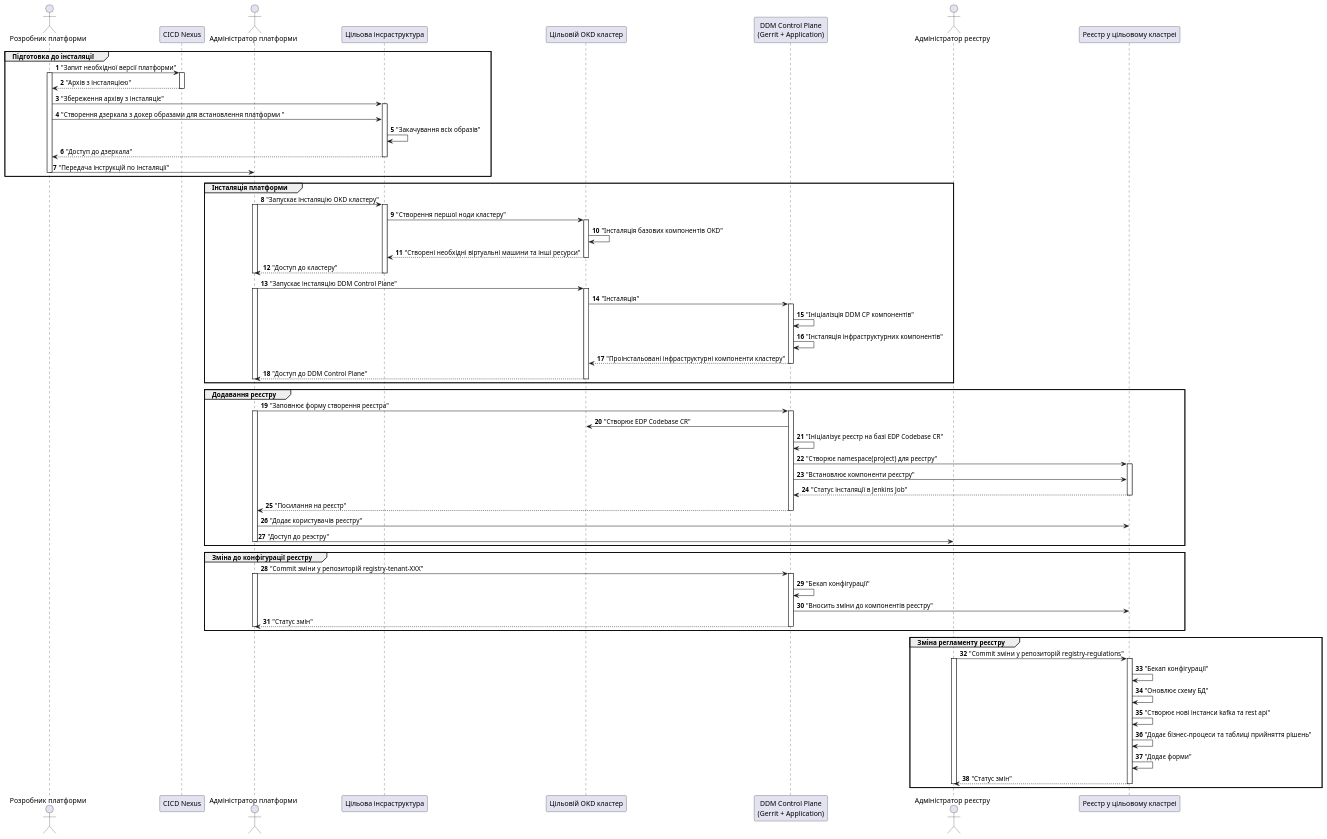
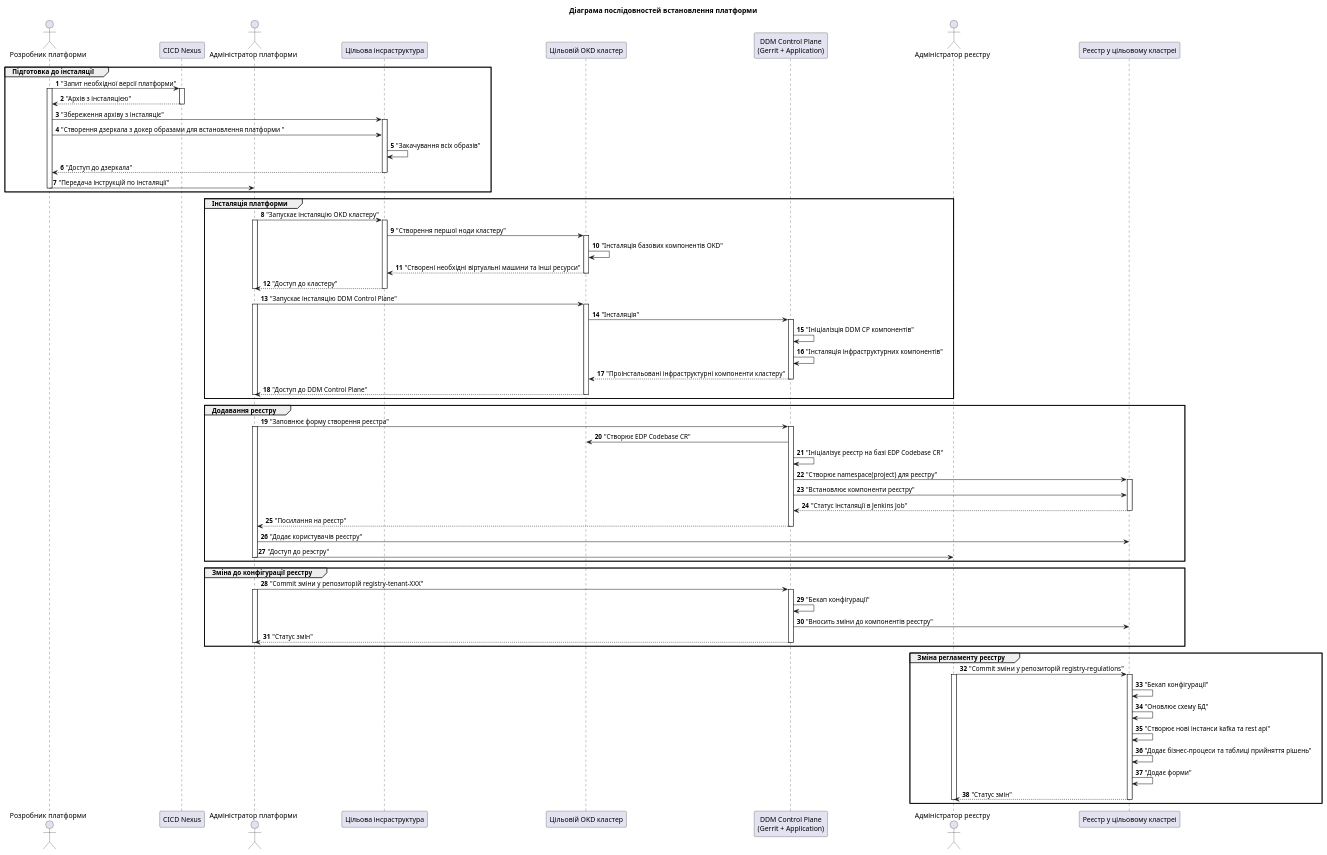
One commit to epam/edp-ddm-architecture changed the diagram in infrastructure/ddm-platform-install.puml. Above: the diagram before and after it, drawn with PlantUML. The commit also changed 3 other files, not shown here.

```diff
--- a/infrastructure/ddm-platform-install.puml
+++ b/infrastructure/ddm-platform-install.puml
@@ -1,99 +1,100 @@
 @startuml
 actor "Розробник платформи" as devops order 10
 participant "CICD Nexus" as cicd_nexus  order 20
 actor "Адміністратор платформи" as admin  order 30
 participant "Цільова інсраструктура" as target_infra  order 40
 participant "Цільовій OKD кластер" as target_cluster  order 50
 participant "DDM Control Plane\n(Gerrit + Application)" as ddm_cp  order 60
 actor "Адміністратор реєстру" as registry_admin  order 70
 participant "Реєстр у цільовому кластреі" as registry  order 80
 
+title Діаграма послідовностей встановлення платформи
 autonumber
 
 group Підготовка до інсталяції
   devops -> cicd_nexus: "Запит необхідної версії платформи"
   activate devops
     activate cicd_nexus
       return "Архів з інсталяцією"
     deactivate cicd_nexus
     devops -> target_infra: "Збереження архіву з інсталяціє"
     activate target_infra
       devops -> target_infra: "Створення дзеркала з докер образами для встановлення платформи "
       target_infra -> target_infra: "Закачування всіх образів"
       return "Доступ до дзеркала"
     deactivate target_infra
   devops -> admin: "Передача інструкцій по інсталяції"
   deactivate devops
 end
 
 group Інсталяція платформи
   admin -> target_infra: "Запускає інсталяцію OKD кластеру"
   activate admin
     activate target_infra
       target_infra -> target_cluster: "Створення першої ноди кластеру"
       activate target_cluster
         target_cluster -> target_cluster: "Інсталяція базових компонентів OKD"
         return  "Створені необхідні віртуальні машини та інші ресурси"
       deactivate target_cluster
       return "Доступ до кластеру"
     deactivate target_infra
   deactivate admin
   admin -> target_cluster: "Запускає інсталяцію DDM Control Plane"
   activate admin
     activate target_cluster
       target_cluster -> ddm_cp: "Інсталяція"
       activate ddm_cp
         ddm_cp -> ddm_cp: "Ініціалізція DDM CP компонентів"
         ddm_cp -> ddm_cp: "Інсталяція інфраструктурних компонентів"
         return "Проінстальовані інфраструктурні компоненти кластеру"
       deactivate ddm_cp
       return "Доступ до DDM Control Plane"
     deactivate target_cluster
   deactivate admin
 end
 
 group Додавання реєстру
   admin -> ddm_cp: "Заповнює форму створення реєстра"
   activate admin
     activate ddm_cp
       ddm_cp -> target_cluster: "Створює EDP Codebase CR"
       ddm_cp -> ddm_cp: "Ініціалізує реєстр на базі EDP Codebase CR"
       ddm_cp -> registry: "Створює namespace(project) для реєстру"
       activate registry
         ddm_cp -> registry: "Встановлює компоненти реєстру"
         return "Статус інсталяції в Jenkins Job"
       deactivate registry
       return "Посилання на реєстр"
     deactivate ddm_cp
     admin -> registry: "Додає користувачів реєстру"
     admin -> registry_admin: "Доступ до реэстру"
   deactivate admin
 end
 
 group Зміна до конфігурації реєстру
   admin -> ddm_cp: "Commit зміни у репозиторій registry-tenant-XXX"
   activate admin
     activate ddm_cp
       ddm_cp -> ddm_cp: "Бекап конфігурації"
       ddm_cp -> registry: "Вносить зміни до компонентів реєстру"
       admin <-- ddm_cp: "Статус змін"
     deactivate ddm_cp
   deactivate admin
 end
 
 group Зміна регламенту реєстру
   registry_admin -> registry: "Commit зміни у репозиторій registry-regulations"
   activate registry_admin
     activate registry
       registry -> registry: "Бекап конфігурації"
       registry -> registry: "Оновлює схему БД"
       registry -> registry: "Створює нові інстанси kafka та rest api"
       registry -> registry: "Додає бізнес-процеси та таблиці прийняття рішень"
       registry -> registry: "Додає форми"
       registry_admin <-- registry: "Статус змін"
     deactivate registry
   deactivate registry_admin
 end
 
 
 @enduml
```
